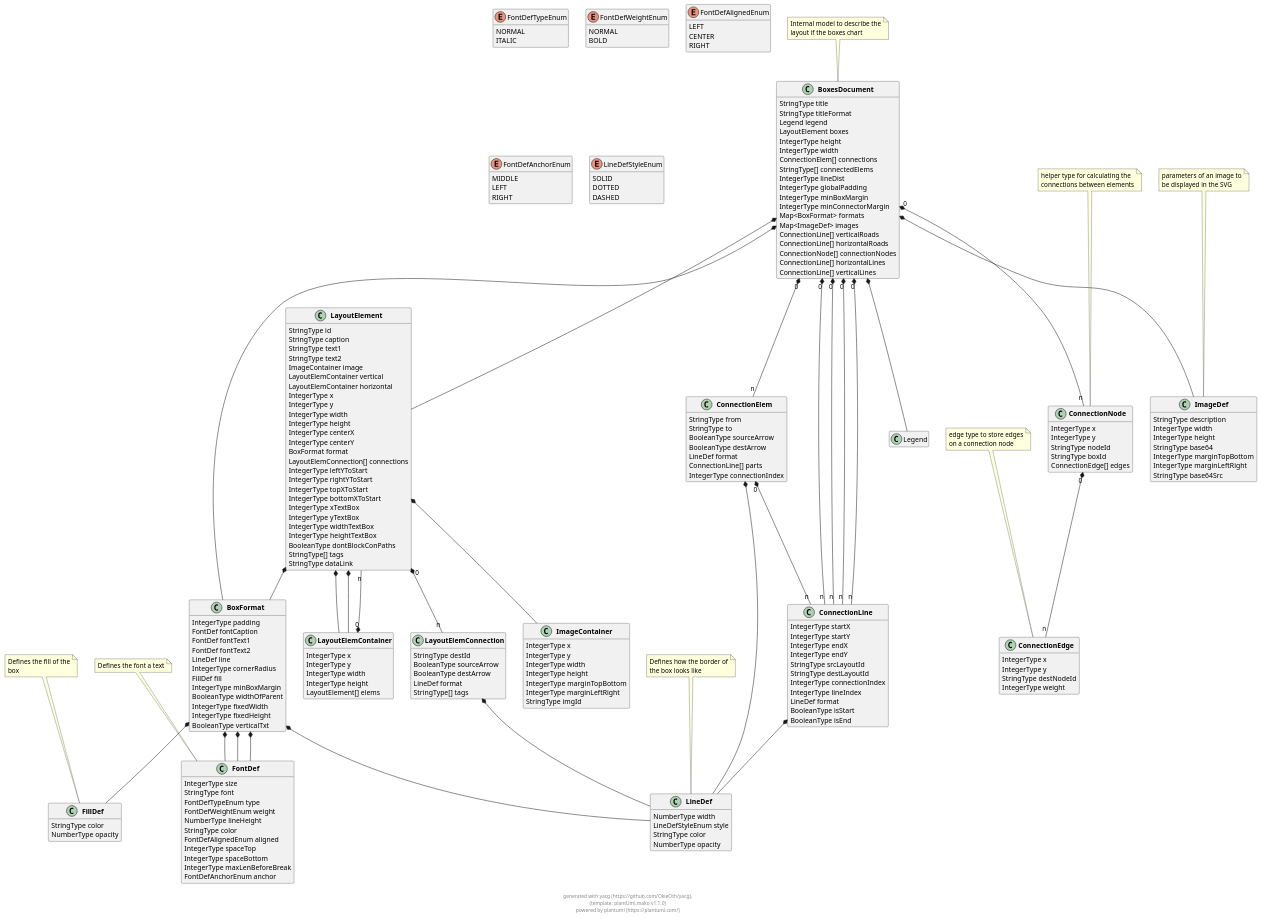
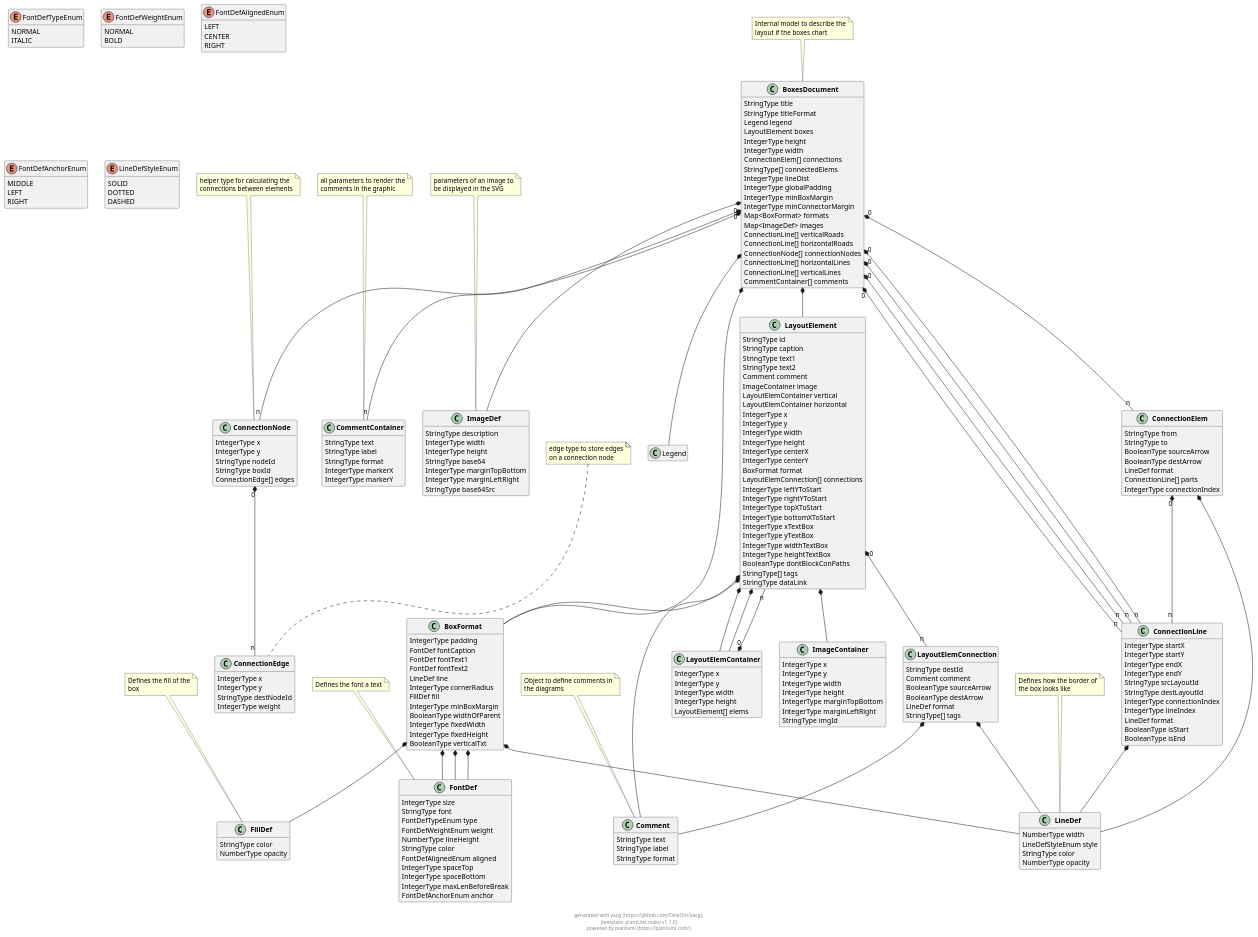
One commit to OkieOth/draw.chart.things changed the diagram in docs/models/puml/boxes_document.puml. Above: the diagram before and after it, drawn with PlantUML. The commit also changed 15 other files, not shown here.

```diff
--- a/docs/models/puml/boxes_document.puml
+++ b/docs/models/puml/boxes_document.puml
@@ -24,6 +24,7 @@
         ConnectionNode[] connectionNodes
         ConnectionLine[] horizontalLines
         ConnectionLine[] verticalLines
+        CommentContainer[] comments
 }
 note top: Internal model to describe the\nlayout if the boxes chart
 
@@ -34,6 +35,7 @@
         StringType caption
         StringType text1
         StringType text2
+        Comment comment
         ImageContainer image
         LayoutElemContainer vertical
         LayoutElemContainer horizontal
@@ -118,6 +120,17 @@
 
  
 
+class "**CommentContainer**" as CommentContainer {
+        StringType text
+        StringType label
+        StringType format
+        IntegerType markerX
+        IntegerType markerY
+}
+note top: all parameters to render the\ncomments in the graphic
+
+ 
+
 class "**ImageContainer**" as ImageContainer {
         IntegerType x
         IntegerType y
@@ -142,6 +155,7 @@
 
 class "**LayoutElemConnection**" as LayoutElemConnection {
         StringType destId
+        Comment comment
         BooleanType sourceArrow
         BooleanType destArrow
         LineDef format
@@ -157,6 +171,15 @@
         IntegerType weight
 }
 note top: edge type to store edges\non a connection node
+
+ 
+
+class "**Comment**" as Comment {
+        StringType text
+        StringType label
+        StringType format
+}
+note top: Object to define comments in\nthe diagrams
 
  
 
@@ -267,10 +290,14 @@
 
 BoxesDocument "0" *-- "n" ConnectionLine
 
+BoxesDocument "0" *-- "n" CommentContainer
+
     
 
 
 
+
+LayoutElement  *--  Comment
 
 LayoutElement  *--  ImageContainer
 
@@ -355,6 +382,12 @@
 
 
 
+    
+
+
+
+
+
 
 
     
@@ -366,6 +399,8 @@
 
     
 
+LayoutElemConnection  *--  Comment
+
 
 
 LayoutElemConnection  *--  LineDef
@@ -373,6 +408,10 @@
 
     
 
+
+
+
+    
 
 
 
```
